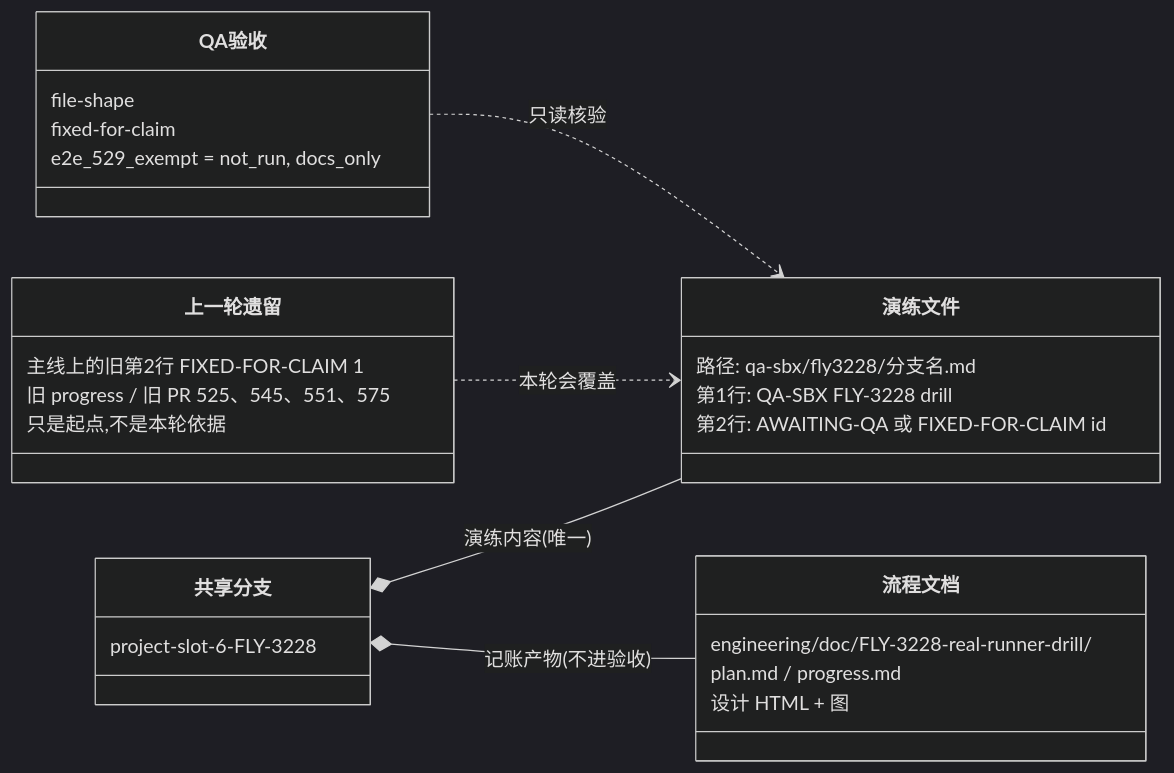
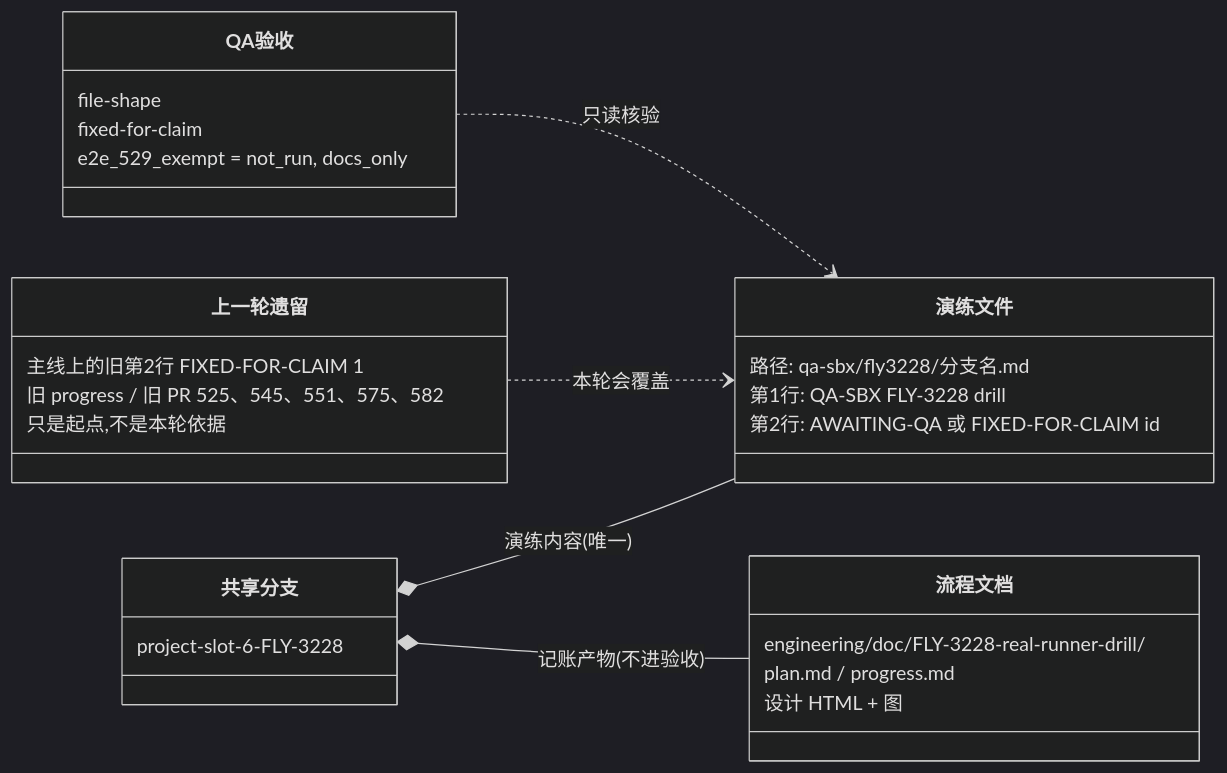
Before and after one commit to xrliAnnie/flywheel-qa-sandbox: the diagram in engineering/doc/FLY-3228-real-runner-drill/d2-data-model.mmd, drawn with Mermaid (dark theme). The commit also changed 4 other files, not shown here.

```diff
--- a/engineering/doc/FLY-3228-real-runner-drill/d2-data-model.mmd
+++ b/engineering/doc/FLY-3228-real-runner-drill/d2-data-model.mmd
@@ -1,29 +1,29 @@
 classDiagram
     direction LR
     class 共享分支 {
         project-slot-6-FLY-3228
     }
     class 演练文件 {
         路径: qa-sbx/fly3228/分支名.md
         第1行: QA-SBX FLY-3228 drill
         第2行: AWAITING-QA 或 FIXED-FOR-CLAIM id
     }
     class 上一轮遗留 {
         主线上的旧第2行 FIXED-FOR-CLAIM 1
-        旧 progress / 旧 PR 525、545、551、575
+        旧 progress / 旧 PR 525、545、551、575、582
         只是起点,不是本轮依据
     }
     class 流程文档 {
         engineering/doc/FLY-3228-real-runner-drill/
         plan.md / progress.md
         设计 HTML + 图
     }
     class QA验收 {
         file-shape
         fixed-for-claim
         e2e_529_exempt = not_run, docs_only
     }
     共享分支 *-- 演练文件 : 演练内容(唯一)
     共享分支 *-- 流程文档 : 记账产物(不进验收)
     上一轮遗留 ..> 演练文件 : 本轮会覆盖
     QA验收 ..> 演练文件 : 只读核验
```
